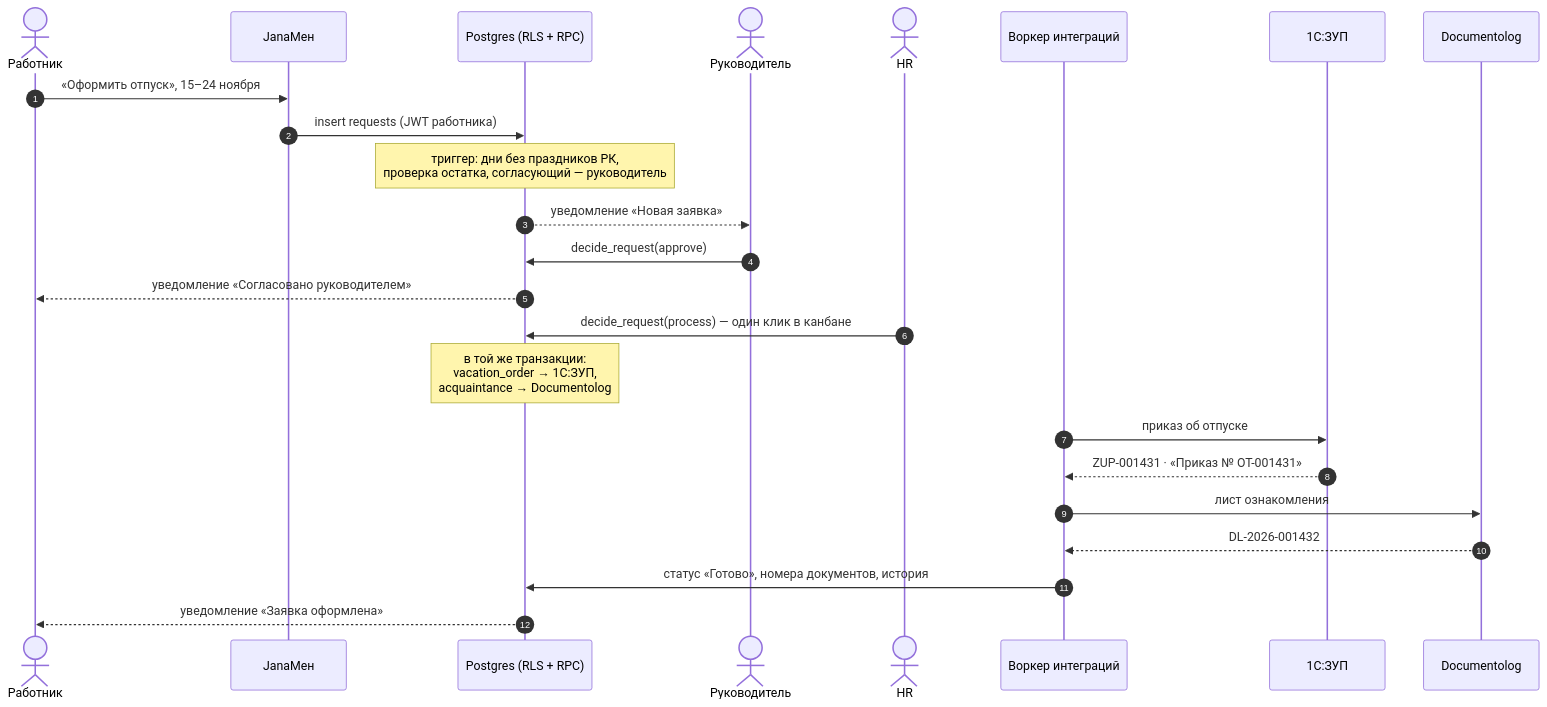
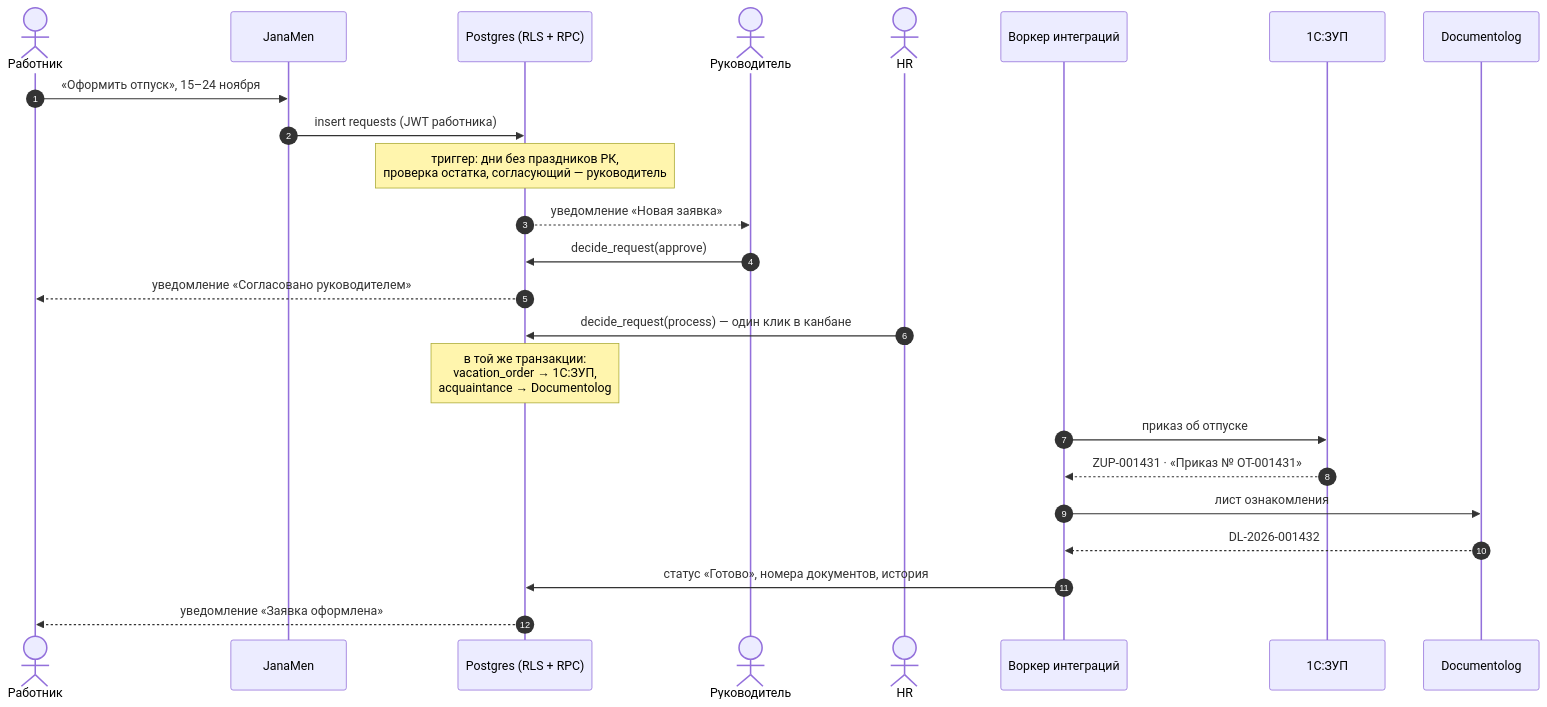
The second of 4 diagrams in docs/ARCHITECTURE.md (mokydek/TerriconValleyDigitalHR), drawn with Mermaid before and after one commit. The commit also changed other lines of this file and 57 other files, not shown here.

First line of the commit message:
Rename the product to JanaMen and split the home pages into tabs

````diff
--- a/docs/ARCHITECTURE.md
+++ b/docs/ARCHITECTURE.md
@@ -77,27 +77,27 @@
 ```mermaid
 sequenceDiagram
   autonumber
   actor E as Работник
-  participant UI as JanaМен
+  participant UI as JanaMen
   participant DB as Postgres (RLS + RPC)
   actor M as Руководитель
   actor H as HR
   participant W as Воркер интеграций
   participant Z as 1С:ЗУП
   participant D as Documentolog
 
   E->>UI: «Оформить отпуск», 15–24 ноября
   UI->>DB: insert requests (JWT работника)
   Note over DB: триггер: дни без праздников РК,<br/>проверка остатка, согласующий — руководитель
   DB-->>M: уведомление «Новая заявка»
   M->>DB: decide_request(approve)
   DB-->>E: уведомление «Согласовано руководителем»
   H->>DB: decide_request(process) — один клик в канбане
   Note over DB: в той же транзакции:<br/>vacation_order → 1С:ЗУП,<br/>acquaintance → Documentolog
   W->>Z: приказ об отпуске
   Z-->>W: ZUP-001431 · «Приказ № ОТ-001431»
   W->>D: лист ознакомления
   D-->>W: DL-2026-001432
   W->>DB: статус «Готово», номера документов, история
   DB-->>E: уведомление «Заявка оформлена»
 ```
````
